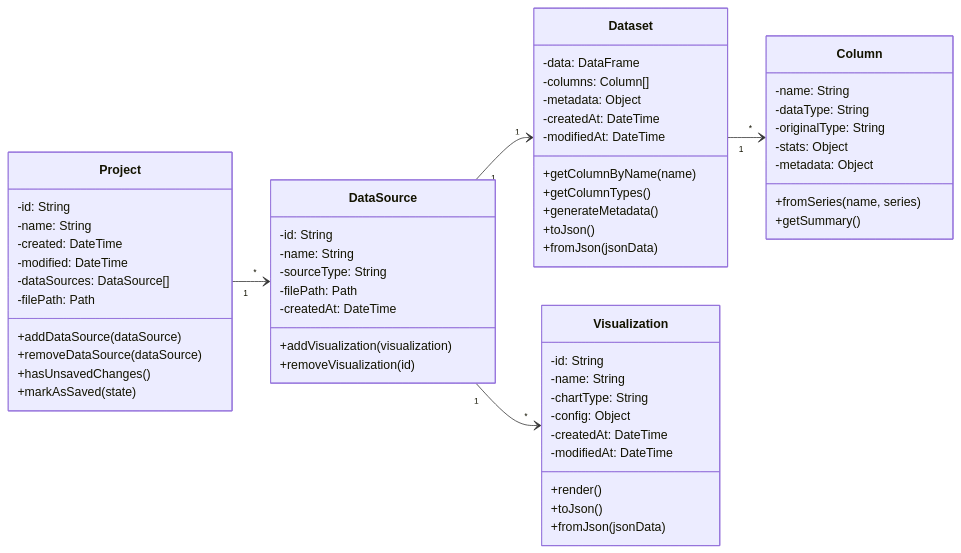
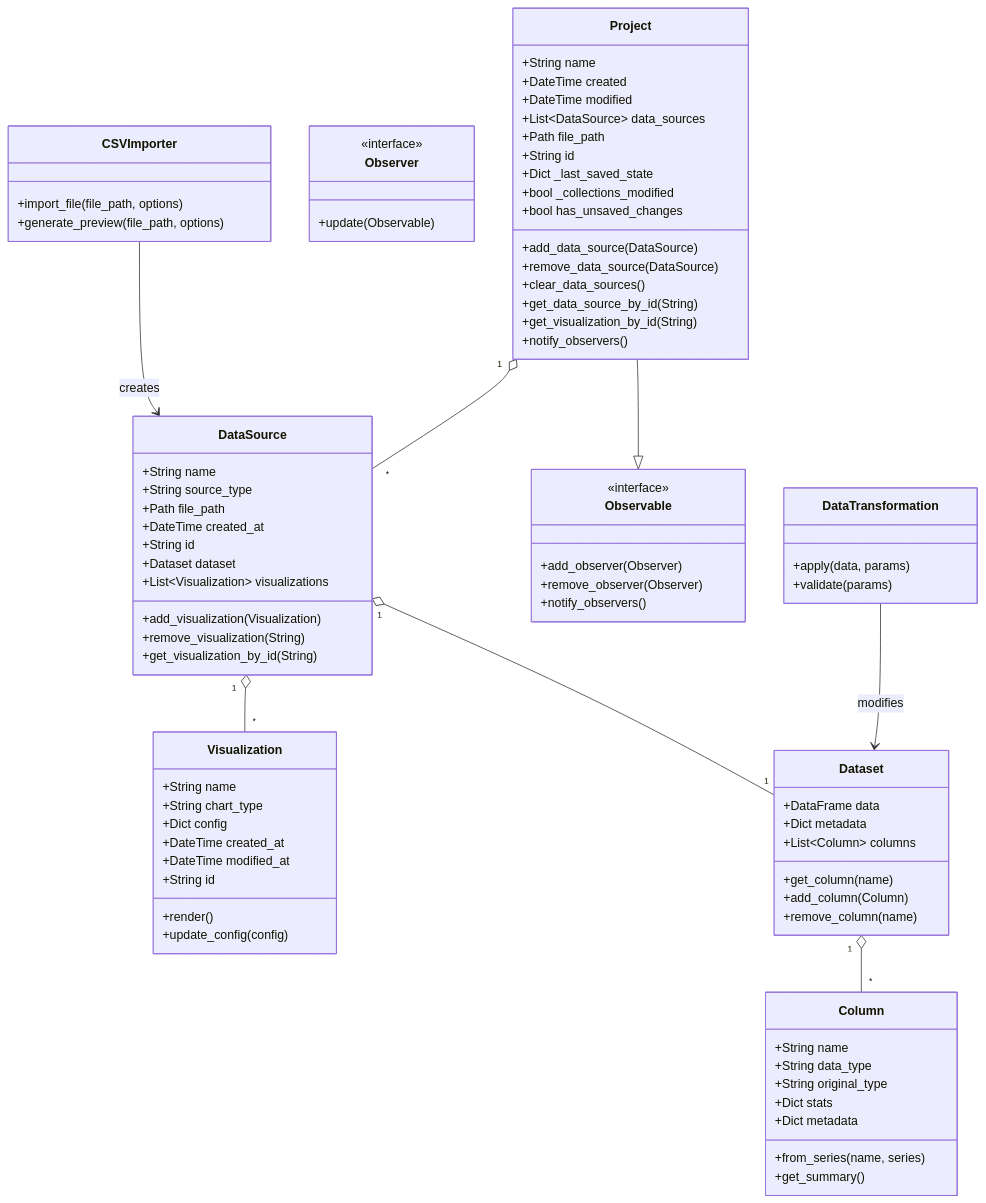
Before and after one commit to jurkat/datainspect: the first of 5 diagrams in docs/03-spezifikations-dokumentation.md, drawn with Mermaid. The commit also changed other lines of this file and 24 other files, not shown here.

First line of the commit message:
Finalize Portfolio Project Phase 3: Complete Documentation and Diagrams

````diff
--- a/docs/03-spezifikations-dokumentation.md
+++ b/docs/03-spezifikations-dokumentation.md
@@ -42,67 +45,93 @@
 ```mermaid
 classDiagram
-    direction LR
-
-    Project "1" --> "*" DataSource
-    DataSource "1" --> "1" Dataset
-    DataSource "1" --> "*" Visualization
-    Dataset "1" --> "*" Column
+    class Project {
+        +String name
+        +DateTime created
+        +DateTime modified
+        +List~DataSource~ data_sources
+        +Path file_path
+        +String id
+        +Dict _last_saved_state
+        +bool _collections_modified
+        +bool has_unsaved_changes
+        +add_data_source(DataSource)
+        +remove_data_source(DataSource)
+        +clear_data_sources()
+        +get_data_source_by_id(String)
+        +get_visualization_by_id(String)
+        +notify_observers()
+    }
 
     class DataSource {
-        -id: String
-        -name: String
-        -sourceType: String
-        -filePath: Path
-        -createdAt: DateTime
-        +addVisualization(visualization)
-        +removeVisualization(id)
+        +String name
+        +String source_type
+        +Path file_path
+        +DateTime created_at
+        +String id
+        +Dataset dataset
+        +List~Visualization~ visualizations
+        +add_visualization(Visualization)
+        +remove_visualization(String)
+        +get_visualization_by_id(String)
     }
 
     class Dataset {
-        -data: DataFrame
-        -columns: Column[]
-        -metadata: Object
-        -createdAt: DateTime
-        -modifiedAt: DateTime
-        +getColumnByName(name)
-        +getColumnTypes()
-        +generateMetadata()
-        +toJson()
-        +fromJson(jsonData)
+        +DataFrame data
+        +Dict metadata
+        +List~Column~ columns
+        +get_column(name)
+        +add_column(Column)
+        +remove_column(name)
     }
 
     class Column {
-        -name: String
-        -dataType: String
-        -originalType: String
-        -stats: Object
-        -metadata: Object
-        +fromSeries(name, series)
-        +getSummary()
+        +String name
+        +String data_type
+        +String original_type
+        +Dict stats
+        +Dict metadata
+        +from_series(name, series)
+        +get_summary()
     }
 
     class Visualization {
-        -id: String
-        -name: String
-        -chartType: String
-        -config: Object
-        -createdAt: DateTime
-        -modifiedAt: DateTime
+        +String name
+        +String chart_type
+        +Dict config
+        +DateTime created_at
+        +DateTime modified_at
+        +String id
         +render()
-        +toJson()
-        +fromJson(jsonData)
+        +update_config(config)
     }
 
-    class Project {
-        -id: String
-        -name: String
-        -created: DateTime
-        -modified: DateTime
-        -dataSources: DataSource[]
-        -filePath: Path
-        +addDataSource(dataSource)
-        +removeDataSource(dataSource)
-        +hasUnsavedChanges()
-        +markAsSaved(state)
+    class Observable {
+        <<interface>>
+        +add_observer(Observer)
+        +remove_observer(Observer)
+        +notify_observers()
     }
+
+    class Observer {
+        <<interface>>
+        +update(Observable)
+    }
+
+    class CSVImporter {
+        +import_file(file_path, options)
+        +generate_preview(file_path, options)
+    }
+
+    class DataTransformation {
+        +apply(data, params)
+        +validate(params)
+    }
+
+    Project --|> Observable
+    Project "1" o-- "*" DataSource
+    DataSource "1" o-- "1" Dataset
+    DataSource "1" o-- "*" Visualization
+    Dataset "1" o-- "*" Column
+    CSVImporter --> DataSource : creates
+    DataTransformation --> Dataset : modifies
 ```
````
